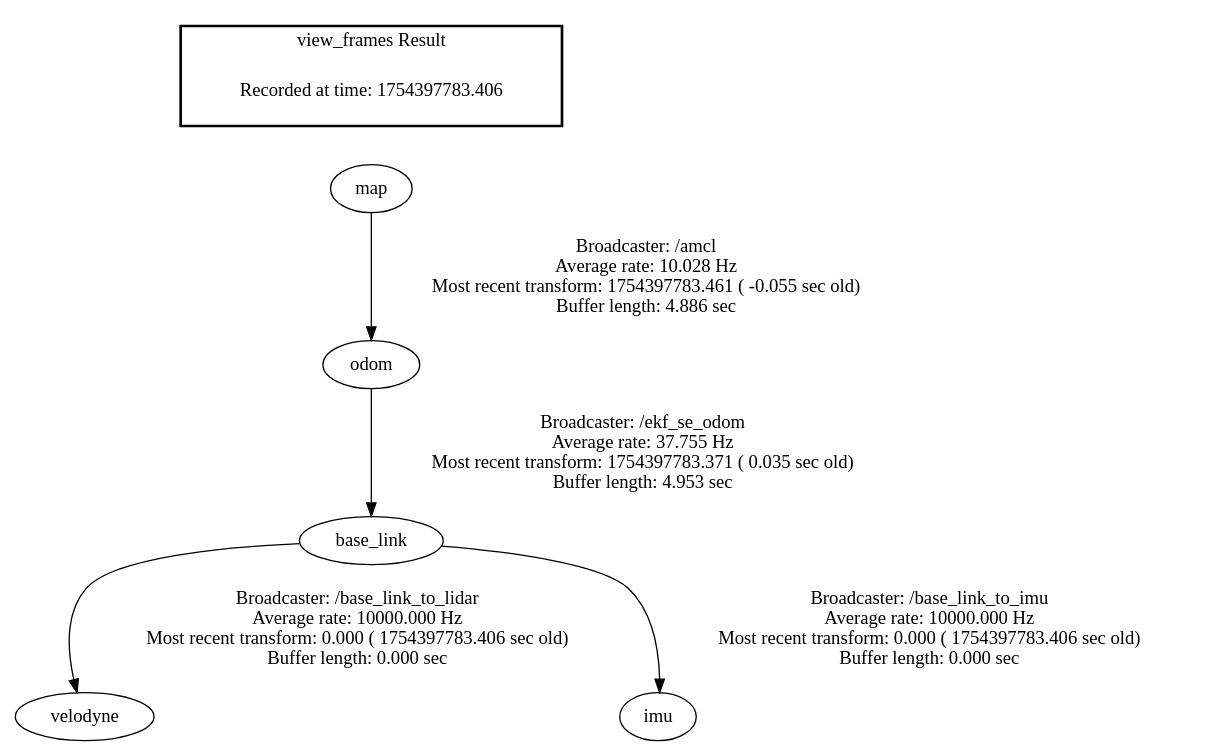
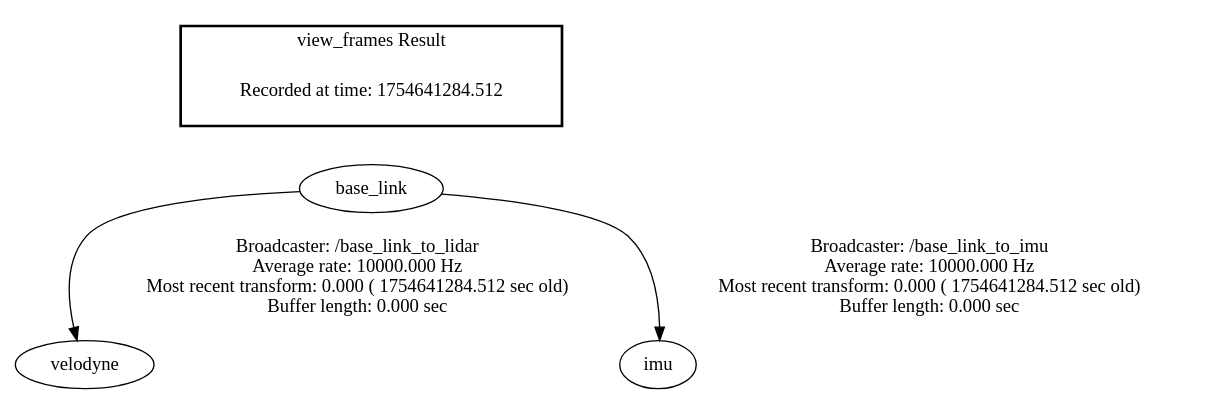
One commit to chamssal/kmu_virtualdrive2025 changed the diagram in frames.gv. Above: the diagram before and after it, drawn with Graphviz. The commit also changed 1461 other files, not shown here.

```diff
--- a/frames.gv
+++ b/frames.gv
@@ -1,10 +1,8 @@
 digraph G {
-"base_link" -> "velodyne"[label="Broadcaster: /base_link_to_lidar\nAverage rate: 10000.000 Hz\nMost recent transform: 0.000 ( 1754397783.406 sec old)\nBuffer length: 0.000 sec\n"];
-"odom" -> "base_link"[label="Broadcaster: /ekf_se_odom\nAverage rate: 37.755 Hz\nMost recent transform: 1754397783.371 ( 0.035 sec old)\nBuffer length: 4.953 sec\n"];
-"base_link" -> "imu"[label="Broadcaster: /base_link_to_imu\nAverage rate: 10000.000 Hz\nMost recent transform: 0.000 ( 1754397783.406 sec old)\nBuffer length: 0.000 sec\n"];
-"map" -> "odom"[label="Broadcaster: /amcl\nAverage rate: 10.028 Hz\nMost recent transform: 1754397783.461 ( -0.055 sec old)\nBuffer length: 4.886 sec\n"];
+"base_link" -> "velodyne"[label="Broadcaster: /base_link_to_lidar\nAverage rate: 10000.000 Hz\nMost recent transform: 0.000 ( 1754641284.512 sec old)\nBuffer length: 0.000 sec\n"];
+"base_link" -> "imu"[label="Broadcaster: /base_link_to_imu\nAverage rate: 10000.000 Hz\nMost recent transform: 0.000 ( 1754641284.512 sec old)\nBuffer length: 0.000 sec\n"];
 edge [style=invis];
  subgraph cluster_legend { style=bold; color=black; label ="view_frames Result";
-"Recorded at time: 1754397783.406"[ shape=plaintext ] ;
- }->"map";
+"Recorded at time: 1754641284.512"[ shape=plaintext ] ;
+ }->"base_link";
 }
```
